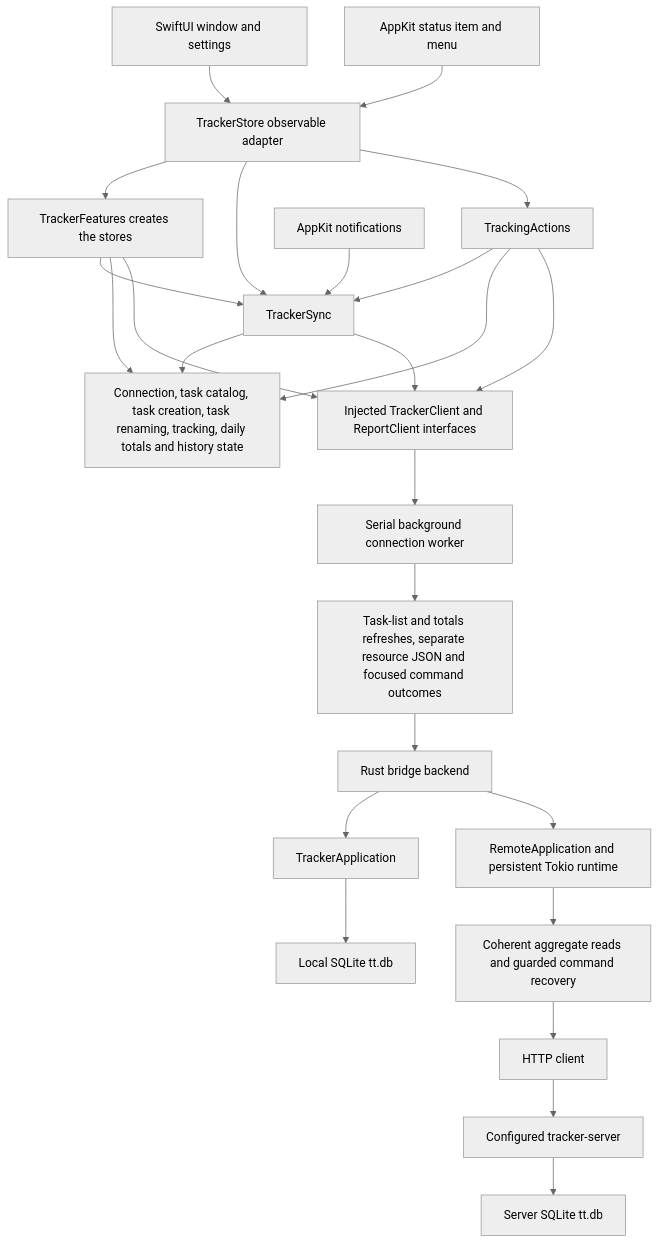
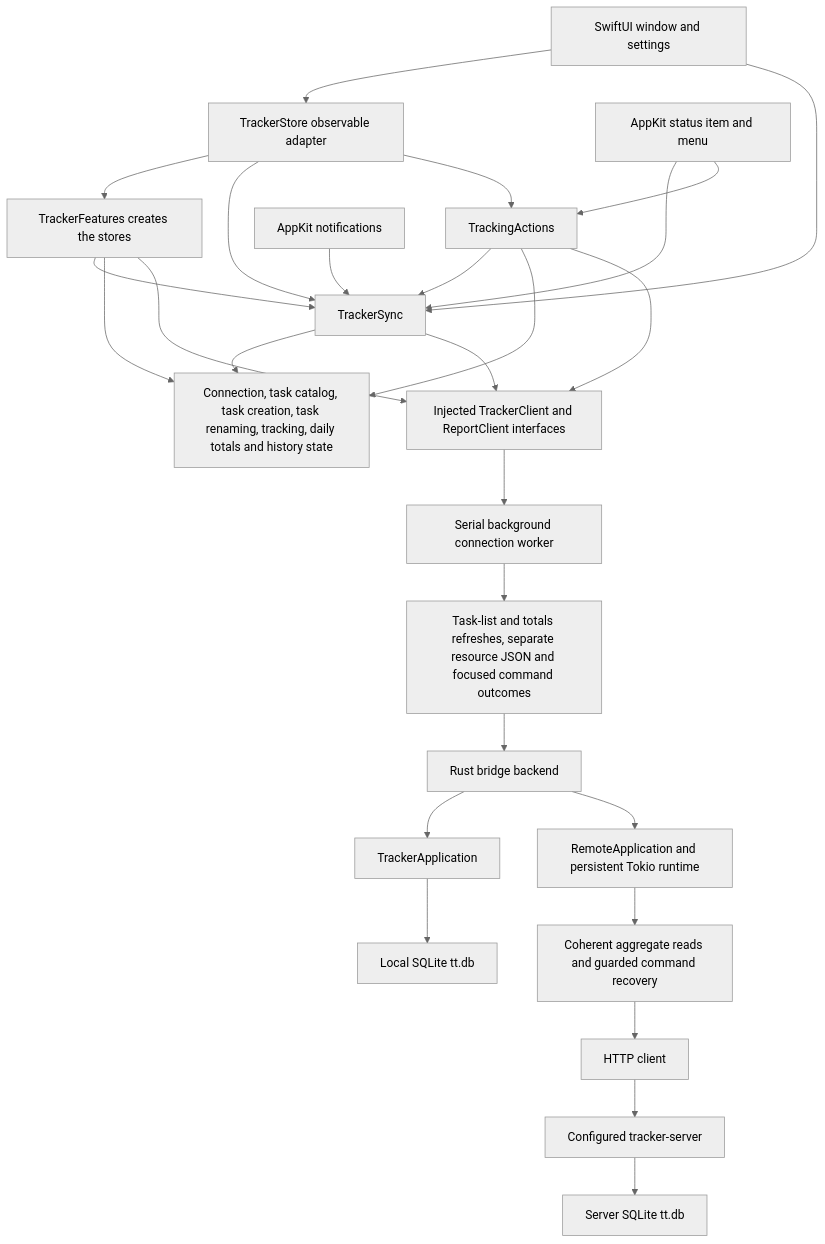
The diagram in apps/swiftui/README.md (remshams/time-tracker), drawn with Mermaid (neutral theme) before and after one commit. The commit also changed other lines of this file, not shown here.

Commit message:
docs(SwiftUIApp): describe the TrackerSync and TrackingActions environment entries

````diff
--- a/apps/swiftui/README.md
+++ b/apps/swiftui/README.md
@@ -291,23 +291,25 @@
 ```mermaid
 flowchart TD
     UI[SwiftUI window and settings] --> Store[TrackerStore observable adapter]
-    Menu[AppKit status item and menu] --> Store
+    Menu[AppKit status item and menu] --> Sync[TrackerSync]
+    Menu --> Actions[TrackingActions]
+    UI --> Sync
     Store --> TrackerFeatures[TrackerFeatures creates the stores]
-    Store --> Sync[TrackerSync]
-    Store --> Actions[TrackingActions]
+    Store --> Sync
+    Store --> Actions
     TrackerFeatures --> Sync
     Actions --> Sync
     TrackerFeatures & Sync & Actions --> Features[Connection, task catalog, task creation, task renaming, tracking, daily totals and history state]
     Lifecycle[AppKit notifications] --> Sync
     TrackerFeatures & Sync & Actions --> Port[Injected TrackerClient and ReportClient interfaces]
     Port --> Worker[Serial background connection worker]
     Worker --> ABI[Task-list and totals refreshes, separate resource JSON and focused command outcomes]
     ABI --> Backend[Rust bridge backend]
     Backend --> Local[TrackerApplication]
     Local --> DB[Local SQLite tt.db]
     Backend --> Remote[RemoteApplication and persistent Tokio runtime]
     Remote --> Coordinator[Coherent aggregate reads and guarded command recovery]
     Coordinator --> HTTP[HTTP client]
     HTTP --> Server[Configured tracker-server]
     Server --> ServerDB[Server SQLite tt.db]
 ```
````
